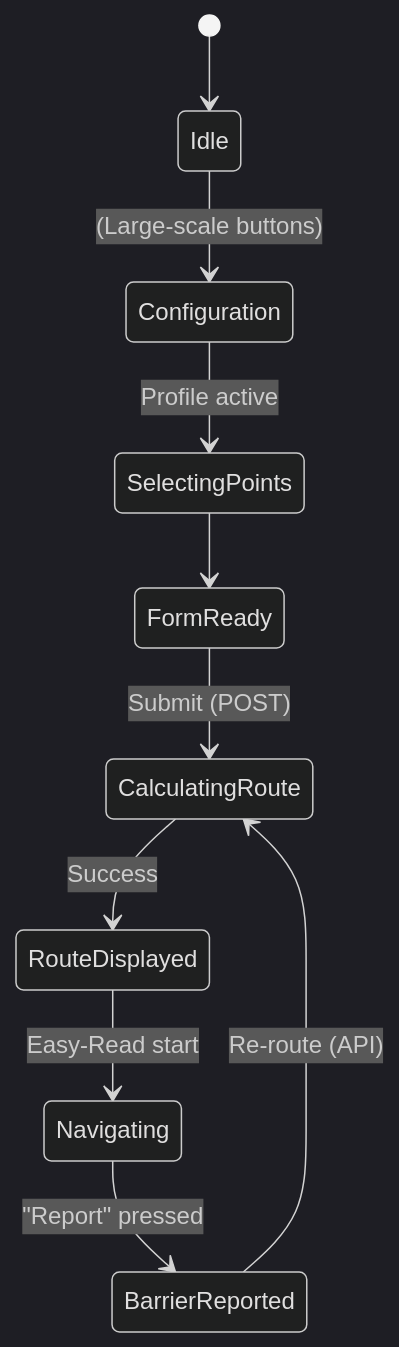
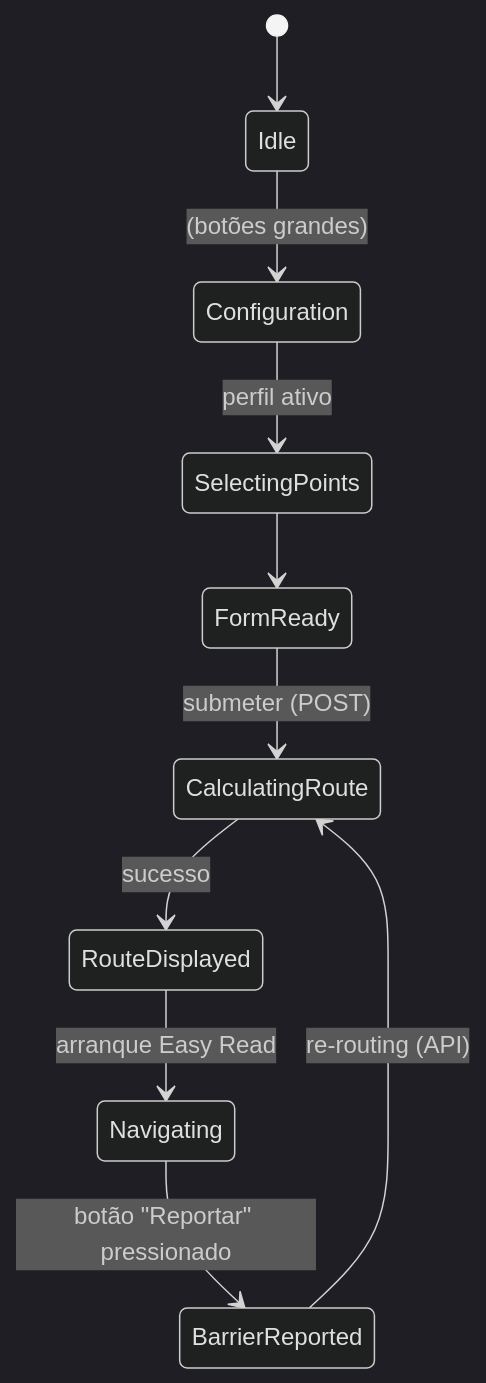
The third of 3 diagrams in docs/documentacaoPlataforma/Especificacao_Desenvolvimento_App.md (antoniosfnascimento/IPC), drawn with Mermaid (dark theme) before and after one commit. The commit also changed other lines of this file and 24 other files, not shown here.

````diff
--- a/docs/documentacaoPlataforma/Especificacao_Desenvolvimento_App.md
+++ b/docs/documentacaoPlataforma/Especificacao_Desenvolvimento_App.md
@@ -219,12 +208,12 @@
 ```mermaid
 stateDiagram-v2
     [*] --> Idle
-    Idle --> Configuration: (Large-scale buttons)
-    Configuration --> SelectingPoints: Profile active
+    Idle --> Configuration: (botões grandes)
+    Configuration --> SelectingPoints: perfil ativo
     SelectingPoints --> FormReady
-    FormReady --> CalculatingRoute: Submit (POST)
-    CalculatingRoute --> RouteDisplayed: Success
-    RouteDisplayed --> Navigating: Easy-Read start
-    Navigating --> BarrierReported: "Report" pressed
-    BarrierReported --> CalculatingRoute: Re-route (API)
+    FormReady --> CalculatingRoute: submeter (POST)
+    CalculatingRoute --> RouteDisplayed: sucesso
+    RouteDisplayed --> Navigating: arranque Easy Read
+    Navigating --> BarrierReported: botão "Reportar" pressionado
+    BarrierReported --> CalculatingRoute: re-routing (API)
 ```
````
